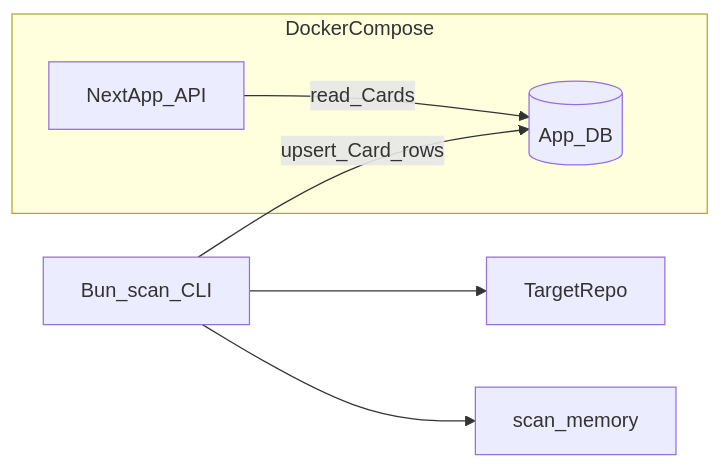
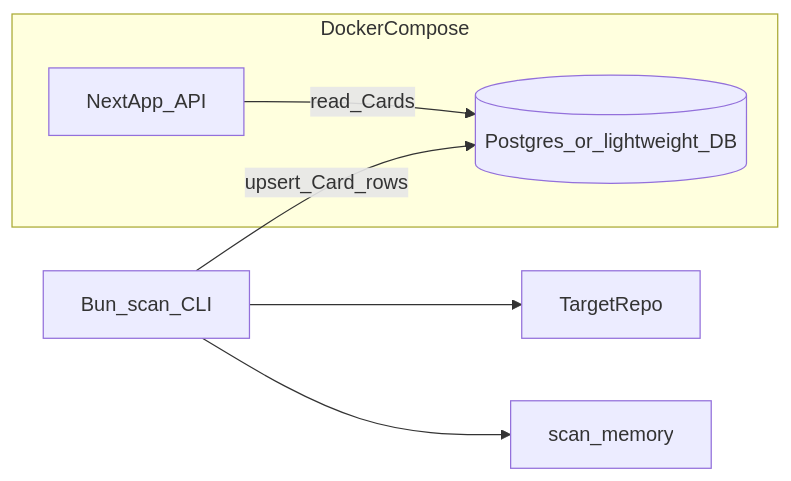
One commit to DmitryPR/codepiece changed the diagram in plan/INITIAL.md. Above: the diagram before and after it, drawn with Mermaid. The commit also changed other lines of this file and 1 other file, not shown here.

First line of the commit message:
Docs: Bun writes to Postgres/lightweight DB; Next.js reads

````diff
--- a/plan/INITIAL.md
+++ b/plan/INITIAL.md
@@ -23,14 +23,14 @@
 ```mermaid
 flowchart LR
   subgraph docker [DockerCompose]
     web[NextApp_API]
-    db[(App_DB)]
+    db[(Postgres_or_lightweight_DB)]
   end
   cli[Bun_scan_CLI]
   mem[scan_memory]
   repo[TargetRepo]
   cli --> repo
   cli --> mem
   cli -->|"upsert_Card_rows"| db
   web -->|"read_Cards"| db
 ```
````
